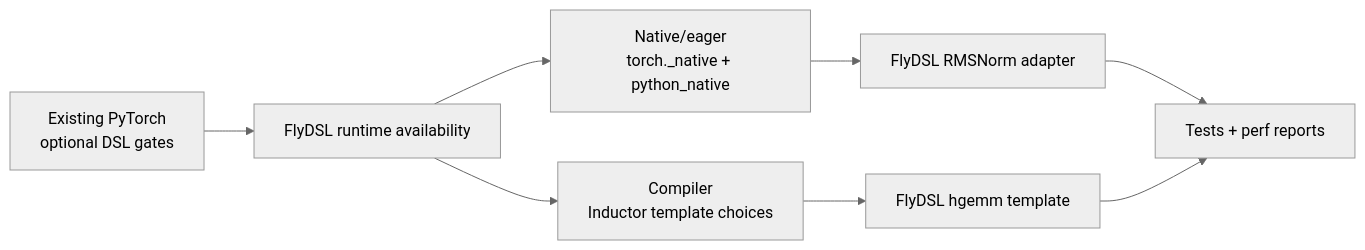
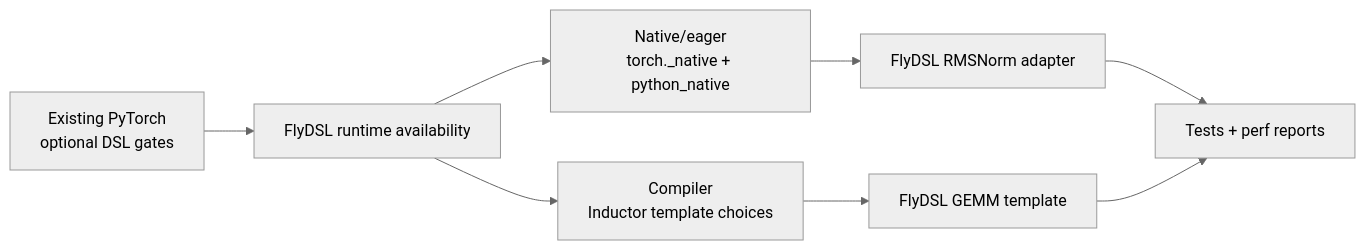
Before and after one commit to XiaobingSuper/FlyDSL: the first of 4 diagrams in docs/pytorch_integration_rfc.md, drawn with Mermaid (neutral theme). The commit also changed other lines of this file and 1 other file, not shown here.

````diff
--- a/docs/pytorch_integration_rfc.md
+++ b/docs/pytorch_integration_rfc.md
@@ -132,10 +132,10 @@
 ```mermaid
 flowchart LR
     A["Existing PyTorch<br/>optional DSL gates"] --> B["FlyDSL runtime availability"]
     B --> C["Native/eager<br/>torch._native + python_native"]
     B --> D["Compiler<br/>Inductor template choices"]
     C --> E["FlyDSL RMSNorm adapter"]
-    D --> F["FlyDSL hgemm template"]
+    D --> F["FlyDSL GEMM template"]
     E --> G["Tests + perf reports"]
     F --> G
 ```
````
